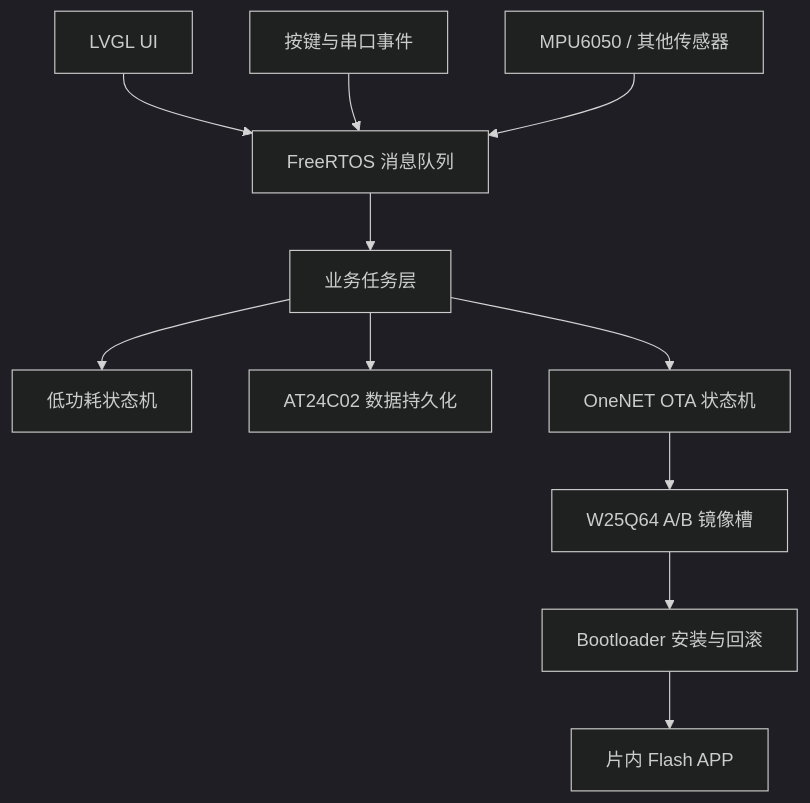
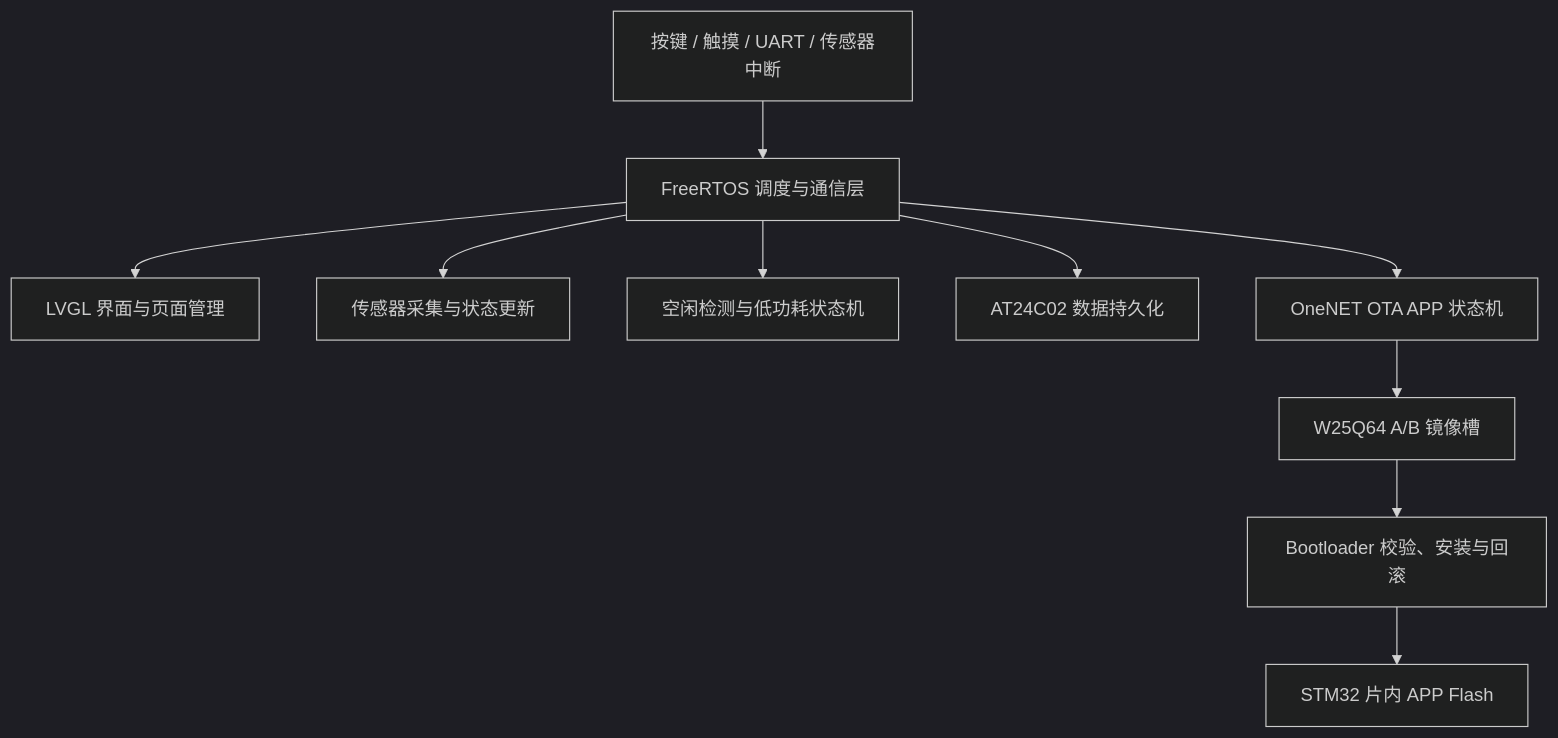
One commit to Magiciakwf/6.LVGL-SmartWatch changed the first of 2 diagrams in README.md. Above: the diagram before and after it, drawn with Mermaid (dark theme). The commit also changed other lines of this file, not shown here.

````diff
--- a/README.md
+++ b/README.md
@@ -72,13 +31,23 @@
 ```mermaid
 flowchart TB
-    UI[LVGL UI] --> MQ[FreeRTOS 消息队列]
-    KEY[按键与串口事件] --> MQ
-    SENSOR[MPU6050 / 其他传感器] --> MQ
-    MQ --> TASKS[业务任务层]
-    TASKS --> POWER[低功耗状态机]
-    TASKS --> DATA[AT24C02 数据持久化]
-    TASKS --> OTA[OneNET OTA 状态机]
-    OTA --> EXT[W25Q64 A/B 镜像槽]
-    EXT --> BOOT[Bootloader 安装与回滚]
-    BOOT --> APP[片内 Flash APP]
+    INPUT[按键 / 触摸 / UART / 传感器中断]
+    RTOS[FreeRTOS 调度与通信层]
+    UI[LVGL 界面与页面管理]
+    SENSOR[传感器采集与状态更新]
+    POWER[空闲检测与低功耗状态机]
+    DATA[AT24C02 数据持久化]
+    OTA_APP[OneNET OTA APP 状态机]
+    W25[W25Q64 A/B 镜像槽]
+    BOOT[Bootloader 校验、安装与回滚]
+    FLASH[STM32 片内 APP Flash]
+
+    INPUT --> RTOS
+    RTOS --> UI
+    RTOS --> SENSOR
+    RTOS --> POWER
+    RTOS --> DATA
+    RTOS --> OTA_APP
+    OTA_APP --> W25
+    W25 --> BOOT
+    BOOT --> FLASH
 ```
````
